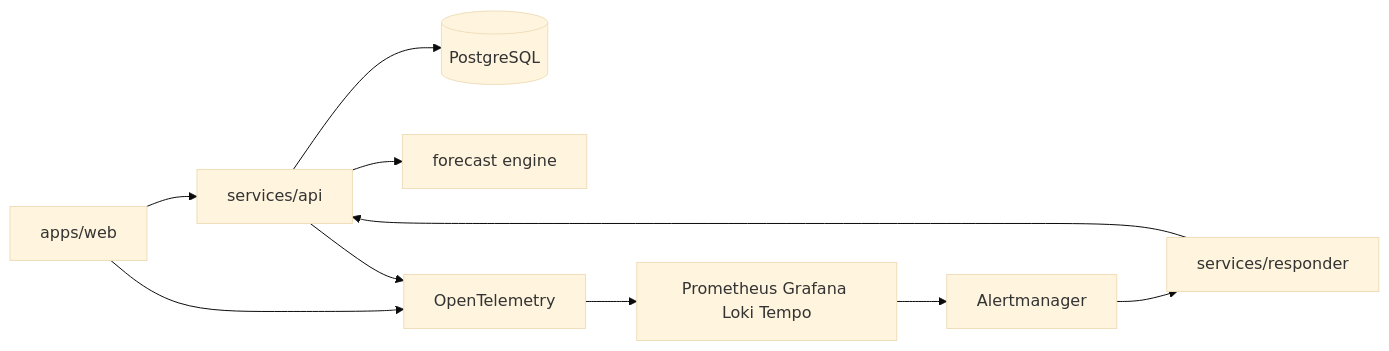
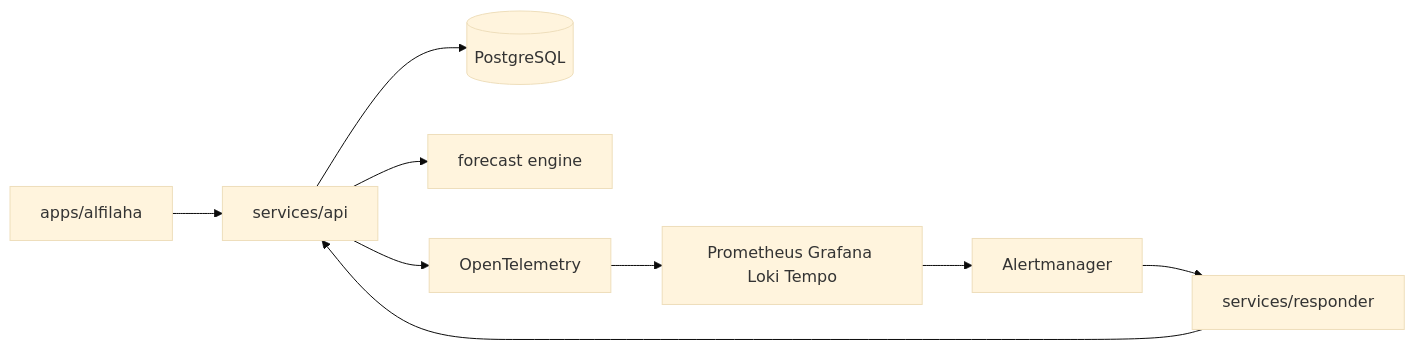
One commit to Mr-Gms-33/greenhouse-farm-ai changed the diagram in docs/architecture.md. Above: the diagram before and after it, drawn with Mermaid (base theme). The commit also changed other lines of this file and 15 other files, not shown here.

````diff
--- a/docs/architecture.md
+++ b/docs/architecture.md
@@ -20,12 +20,11 @@
 ```mermaid
 flowchart LR
-    Web["apps/web"] --> API["services/api"]
+    Web["apps/alfilaha"] --> API["services/api"]
     API --> DB[(PostgreSQL)]
     API --> Forecast["forecast engine"]
-    Web --> OTel["OpenTelemetry"]
-    API --> OTel
+    API --> OTel["OpenTelemetry"]
     OTel --> Observe["Prometheus Grafana Loki Tempo"]
     Observe --> Alert["Alertmanager"]
     Alert --> Responder["services/responder"]
     Responder --> API
 ```
````
